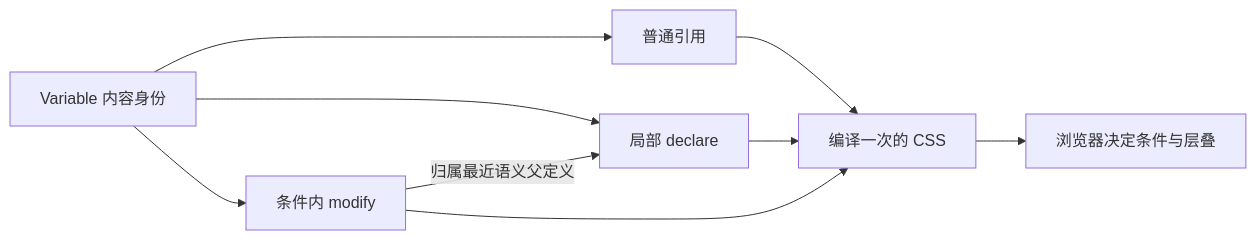
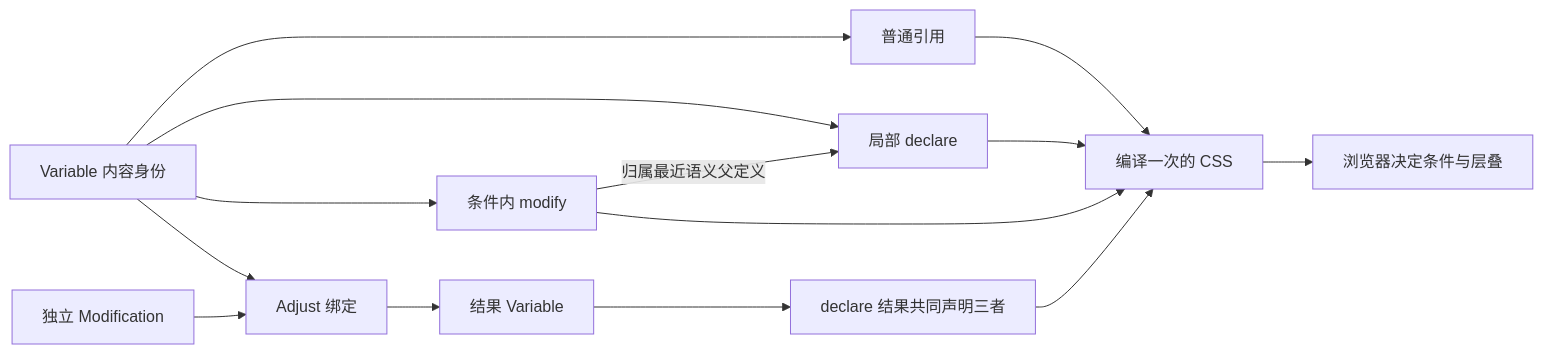
The diagram in src/style-system/doc/变量定义与消费.md (edsolater/uikit), drawn with Mermaid before and after one commit. The commit also changed other lines of this file and 31 other files, not shown here.

````diff
--- a/src/style-system/doc/变量定义与消费.md
+++ b/src/style-system/doc/变量定义与消费.md
@@ -204,11 +211,16 @@
 ```mermaid
 flowchart LR
   Variable[Variable 内容身份] --> Reference[普通引用]
   Variable --> Declaration[局部 declare]
-  Variable --> Modification[条件内 modify]
-  Modification -->|归属最近语义父定义| Declaration
+  Variable --> Apply[条件内 modify]
+  Apply -->|归属最近语义父定义| Declaration
+  Variable --> Binding[Adjust 绑定]
+  Change[独立 Modification] --> Binding
+  Binding --> Result[结果 Variable]
+  Result --> Shared[declare 结果共同声明三者]
   Reference --> CSS[编译一次的 CSS]
   Declaration --> CSS
-  Modification --> CSS
+  Apply --> CSS
+  Shared --> CSS
   CSS --> Browser[浏览器决定条件与层叠]
 ```
````
